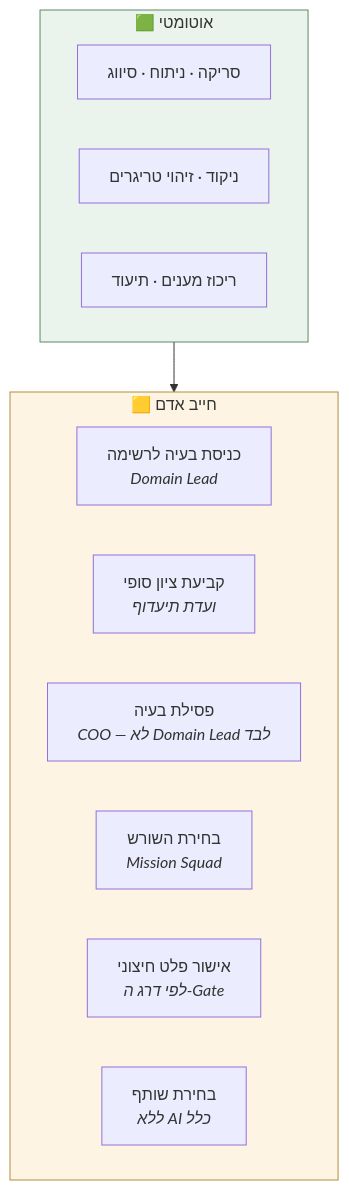
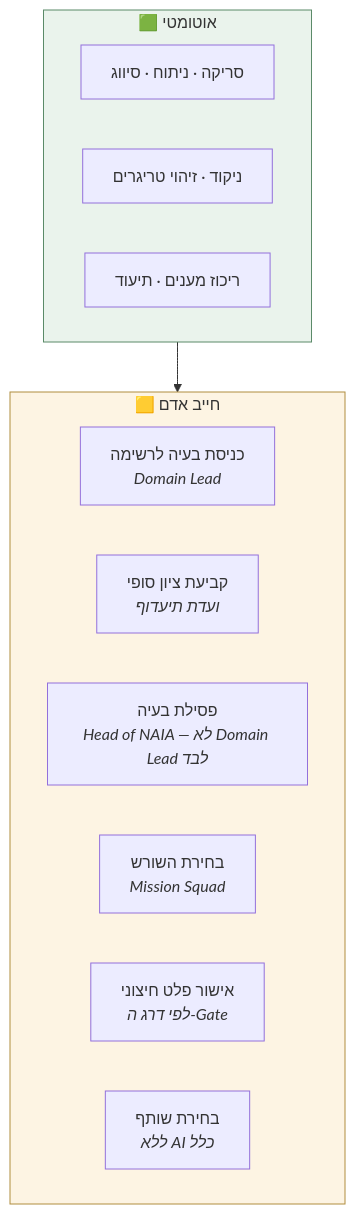
Before and after one commit to Strauss-X-Labs/NAIA-Playbook: the sixth of 6 diagrams in Playbook V2/08-ארכיטקטורת-המימוש/00-מפת-הזרימה-המלאה.md, drawn with Mermaid. The commit also changed other lines of this file and 29 other files, not shown here.

First line of the commit message:
מונחים: COO הוחלף ב-Head of NAIA

````diff
--- a/Playbook V2/08-ארכיטקטורת-המימוש/00-מפת-הזרימה-המלאה.md
+++ b/Playbook V2/08-ארכיטקטורת-המימוש/00-מפת-הזרימה-המלאה.md
@@ -252,19 +252,19 @@
 ```mermaid
 flowchart TB
     subgraph AUTO["🟩 אוטומטי"]
         X1["סריקה · ניתוח · סיווג"]
         X2["ניקוד · זיהוי טריגרים"]
         X3["ריכוז מענים · תיעוד"]
     end
     subgraph HUMAN["🟨 חייב אדם"]
         Y1["כניסת בעיה לרשימה<br/><i>Domain Lead</i>"]
         Y2["קביעת ציון סופי<br/><i>ועדת תיעדוף</i>"]
-        Y3["פסילת בעיה<br/><i>COO — לא Domain Lead לבד</i>"]
+        Y3["פסילת בעיה<br/><i>Head of NAIA — לא Domain Lead לבד</i>"]
         Y4["בחירת השורש<br/><i>Mission Squad</i>"]
         Y5["אישור פלט חיצוני<br/><i>לפי דרג ה-Gate</i>"]
         Y6["בחירת שותף<br/><i>ללא AI כלל</i>"]
     end
     AUTO --> HUMAN
     style AUTO fill:#eaf3ec,stroke:#5a8a68
     style HUMAN fill:#fdf4e3,stroke:#b08d3f
 ```
````
